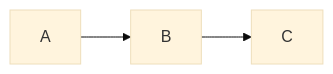
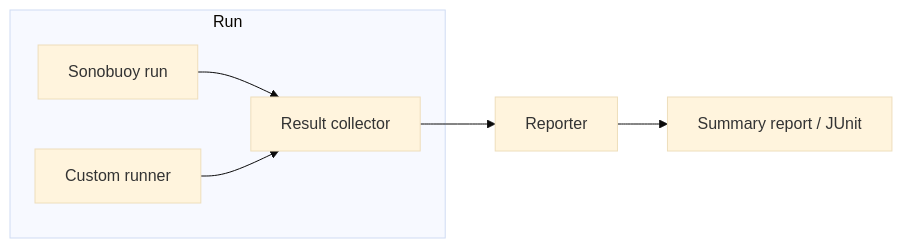
One commit to captain-arthur/ai-team-lab changed the diagram in projects/example-kubernetes-cat/03-architecture/architecture.md. Above: the diagram before and after it, drawn with Mermaid (base theme). The commit also changed other lines of this file and 18 other files, not shown here.

````diff
--- a/projects/example-kubernetes-cat/03-architecture/architecture.md
+++ b/projects/example-kubernetes-cat/03-architecture/architecture.md
@@ -34,4 +71,9 @@
 ```mermaid
 flowchart LR
-  A --> B --> C
+  subgraph Run
+    A[Sonobuoy run] --> C[Result collector]
+    B[Custom runner] --> C
+  end
+  C --> D[Reporter]
+  D --> E[Summary report / JUnit]
 ```
````
